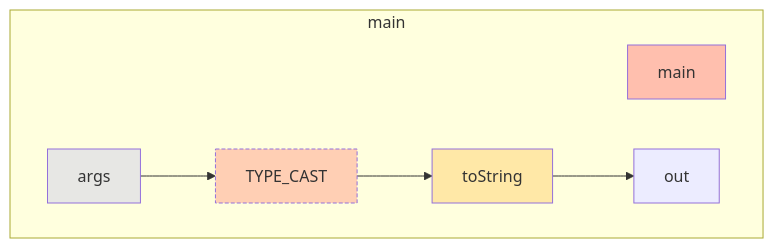
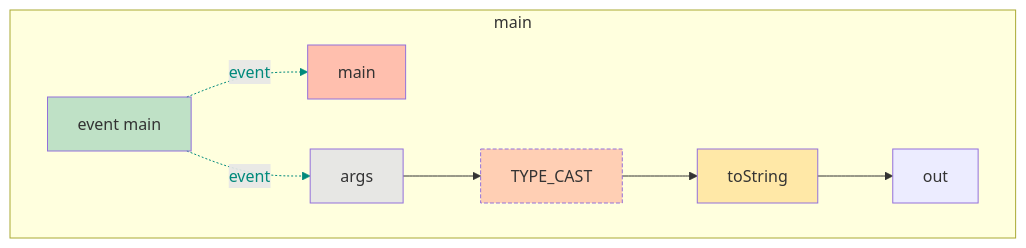
The diagram in app/src/test/resources/unmodelledReceiver/snapshot.md (gstiebler/codeflow), drawn with Mermaid before and after one commit. The commit also changed 77 other files, not shown here.

````diff
--- a/app/src/test/resources/unmodelledReceiver/snapshot.md
+++ b/app/src/test/resources/unmodelledReceiver/snapshot.md
@@ -1,20 +1,26 @@
 ```mermaid
 flowchart TD
   subgraph b0["main"]
-    n1[main]:::RETURN
-    n2[args]:::FUNC_PARAM
-    n3[TYPE_CAST]:::UNMODELLED
-    n4[toString]:::EXTERNAL
-    n5[out]:::OBJ_VARIABLE
-    n2[args]:::FUNC_PARAM --> n3[TYPE_CAST]:::UNMODELLED
-    n3[TYPE_CAST]:::UNMODELLED --> n4[toString]:::EXTERNAL
-    n4[toString]:::EXTERNAL --> n5[out]:::OBJ_VARIABLE
+    n1[event main]:::EVENT
+    n2[main]:::RETURN
+    n3[args]:::FUNC_PARAM
+    n4[TYPE_CAST]:::UNMODELLED
+    n5[toString]:::EXTERNAL
+    n6[out]:::OBJ_VARIABLE
+    n1[event main]:::EVENT -. event .-> n2[main]:::RETURN
+    n1[event main]:::EVENT -. event .-> n3[args]:::FUNC_PARAM
+    n3[args]:::FUNC_PARAM --> n4[TYPE_CAST]:::UNMODELLED
+    n4[TYPE_CAST]:::UNMODELLED --> n5[toString]:::EXTERNAL
+    n5[toString]:::EXTERNAL --> n6[out]:::OBJ_VARIABLE
   end
+  linkStyle 0 stroke:#00897b,color:#00897b
+  linkStyle 1 stroke:#00897b,color:#00897b
   classDef LITERAL fill:#00FF0030
   classDef VARIABLE fill:#80808030
   classDef BIN_OP fill:#80808080
   classDef FUNC_PARAM fill:#8080FF30
   classDef RETURN fill:#FF808080
   classDef EXTERNAL fill:#FFA50040
   classDef UNMODELLED fill:#FF000030,stroke-dasharray: 4 2
+  classDef EVENT fill:#00897B40
 ```
````
